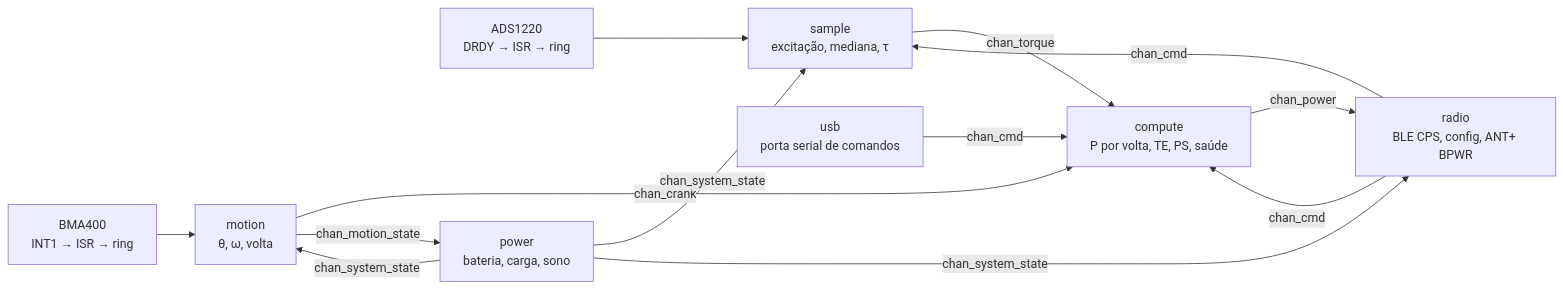
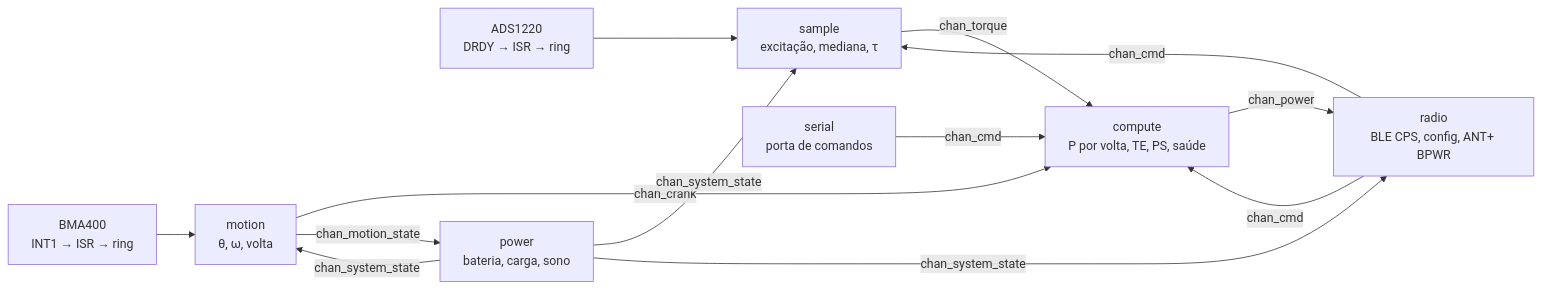
One commit to Guiimartinho/bike-powermeter changed the first of 2 diagrams in docs/04-arquitetura-firmware.md. Above: the diagram before and after it, drawn with Mermaid. The commit also changed other lines of this file and 11 other files, not shown here.

````diff
--- a/docs/04-arquitetura-firmware.md
+++ b/docs/04-arquitetura-firmware.md
@@ -9,15 +9,15 @@
 ```mermaid
 flowchart LR
     ADC["ADS1220<br/>DRDY → ISR → ring"] --> S["sample<br/>excitação, mediana, τ"]
     IMU["BMA400<br/>INT1 → ISR → ring"] --> MO["motion<br/>θ, ω, volta"]
     S -- "chan_torque" --> CP["compute<br/>P por volta, TE, PS, saúde"]
     MO -- "chan_crank" --> CP
     CP -- "chan_power" --> R["radio<br/>BLE CPS, config, ANT+ BPWR"]
     R -- "chan_cmd" --> CP
     R -- "chan_cmd" --> S
     PW["power<br/>bateria, carga, sono"] -- "chan_system_state" --> S
     PW -- "chan_system_state" --> MO
     PW -- "chan_system_state" --> R
     MO -- "chan_motion_state" --> PW
-    U["usb<br/>porta serial de comandos"] -- "chan_cmd" --> CP
+    U["serial<br/>porta de comandos"] -- "chan_cmd" --> CP
 ```
````
